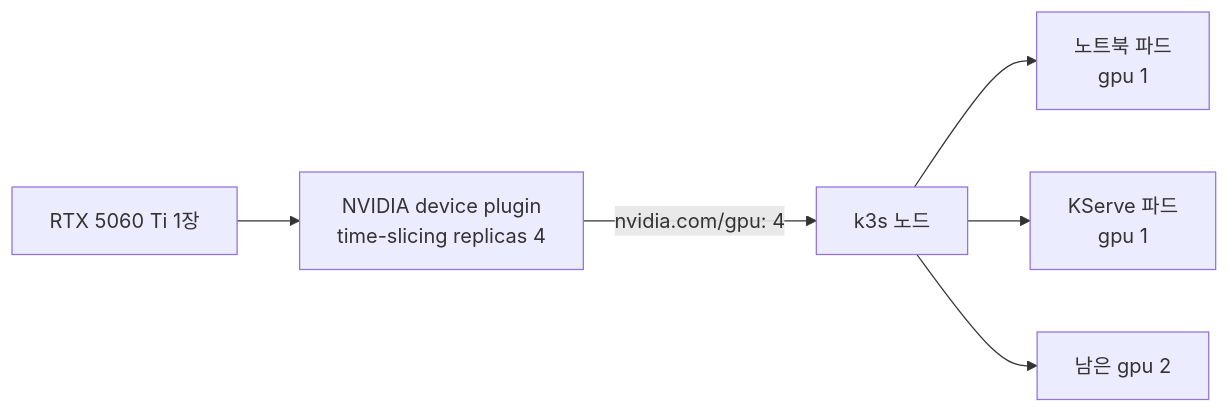
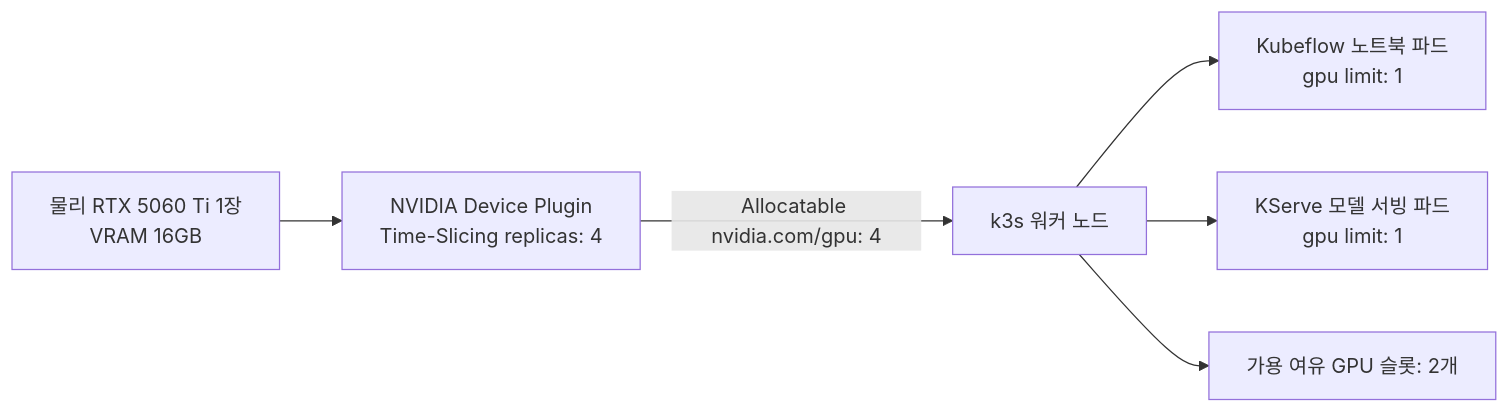
The diagram in mlops/ml-platform-engineering-part2/docs/3-lab0-gpu-time-slicing.md (choisungwook/portfolio), drawn with Mermaid before and after one commit. The commit also changed other lines of this file and 16 other files, not shown here.

````diff
--- a/mlops/ml-platform-engineering-part2/docs/3-lab0-gpu-time-slicing.md
+++ b/mlops/ml-platform-engineering-part2/docs/3-lab0-gpu-time-slicing.md
@@ -30,8 +31,8 @@
 ```mermaid
 flowchart LR
-  GPU[RTX 5060 Ti 1장] --> DP[NVIDIA device plugin<br/>time-slicing replicas 4]
-  DP -->|nvidia.com/gpu: 4| Node[k3s 노드]
-  Node --> NB[노트북 파드<br/>gpu 1]
-  Node --> KS[KServe 파드<br/>gpu 1]
-  Node --> Free[남은 gpu 2]
+  GPU[물리 RTX 5060 Ti 1장<br/>VRAM 16GB] --> DP[NVIDIA Device Plugin<br/>Time-Slicing replicas: 4]
+  DP -->|Allocatable nvidia.com/gpu: 4| Node[k3s 워커 노드]
+  Node --> NB[Kubeflow 노트북 파드<br/>gpu limit: 1]
+  Node --> KS[KServe 모델 서빙 파드<br/>gpu limit: 1]
+  Node --> Free[가용 여유 GPU 슬롯: 2개]
 ```
````
